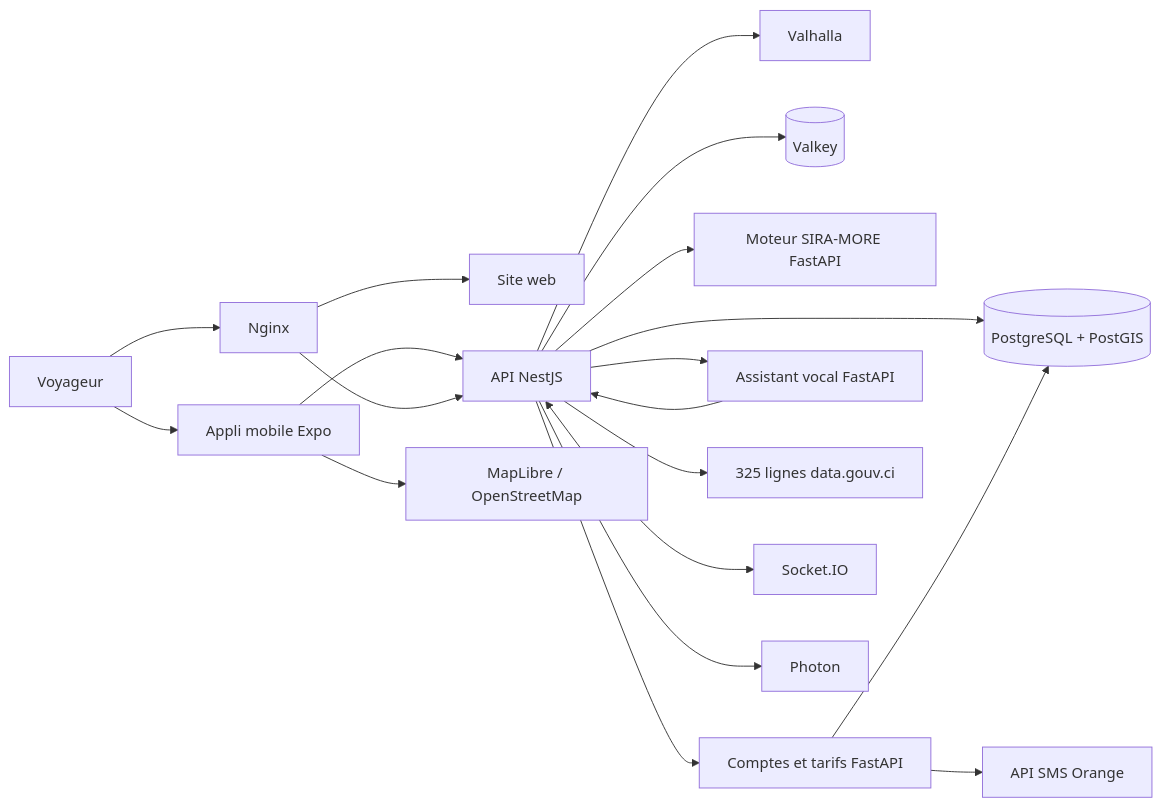
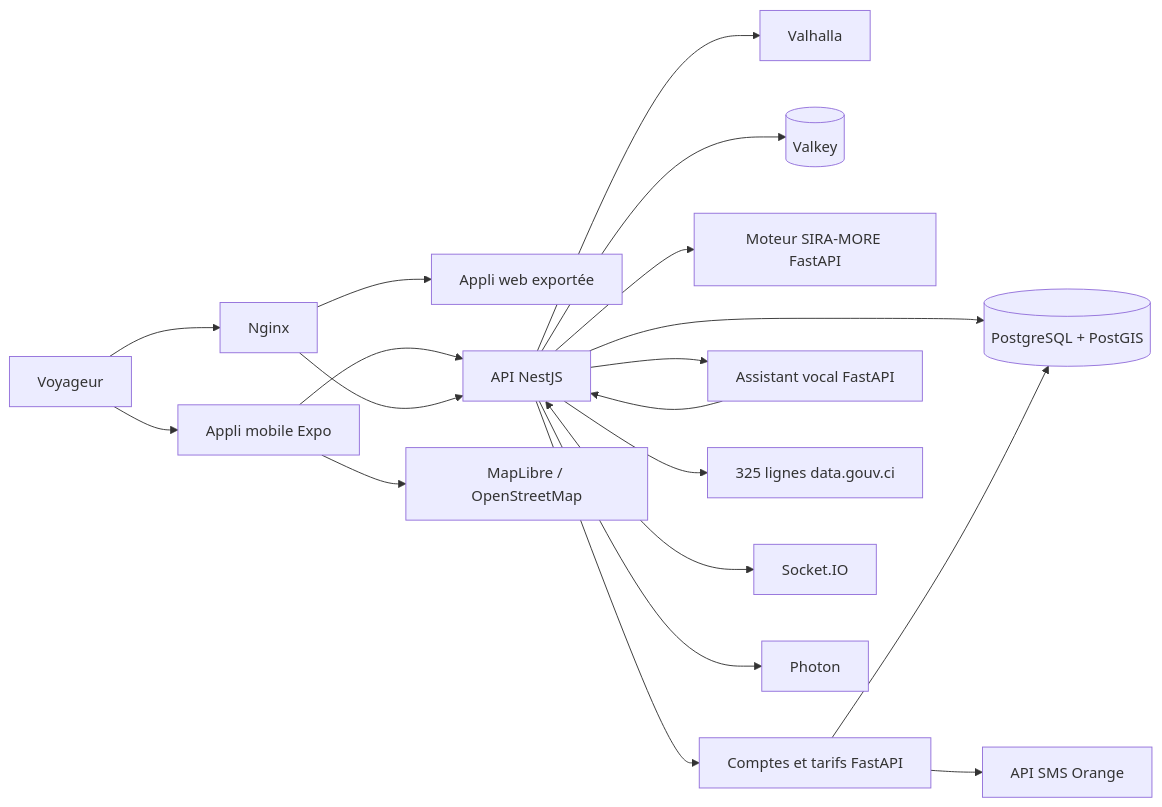
Before and after one commit to Guy277/SIRA_MVP: the diagram in docs/architecture.md, drawn with Mermaid. The commit also changed other lines of this file and 67 other files, not shown here.

First line of the commit message:
chore: organisation simple (retrait du site web, services/engine, services/models)

````diff
--- a/docs/architecture.md
+++ b/docs/architecture.md
@@ -7,21 +7,21 @@
 ```mermaid
 flowchart LR
   U[Voyageur] --> MOB[Appli mobile Expo]
   U --> N[Nginx]
-  N --> W[Site web]
+  N --> W[Appli web exportée]
   MOB --> A[API NestJS]
   N --> A
   A --> V[Valhalla]
   A --> P[(PostgreSQL + PostGIS)]
   A --> C[(Valkey)]
   A --> I[Moteur SIRA-MORE FastAPI]
   A --> CO[Comptes et tarifs FastAPI]
   A --> VO[Assistant vocal FastAPI]
   VO --> A
   CO --> P
   CO --> OR[API SMS Orange]
   A --> D[325 lignes data.gouv.ci]
   A <--> S[Socket.IO]
   MOB --> M[MapLibre / OpenStreetMap]
   A --> H[Photon]
 ```
````
